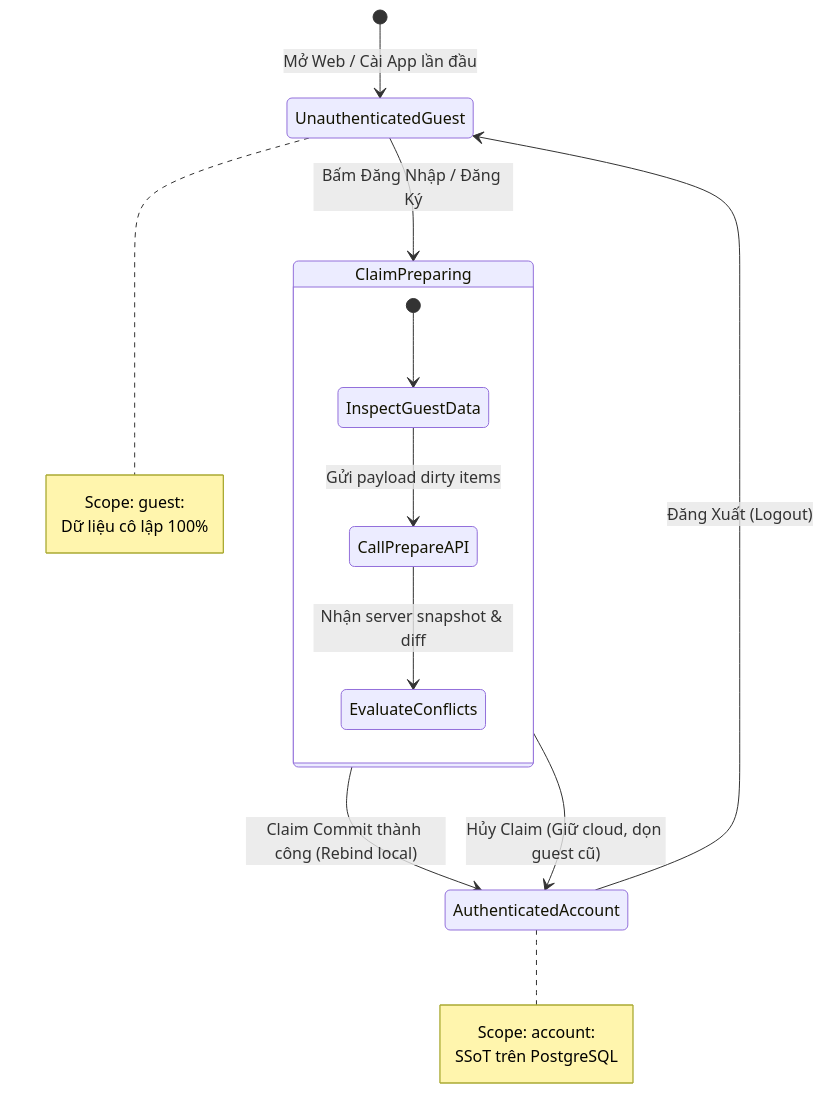
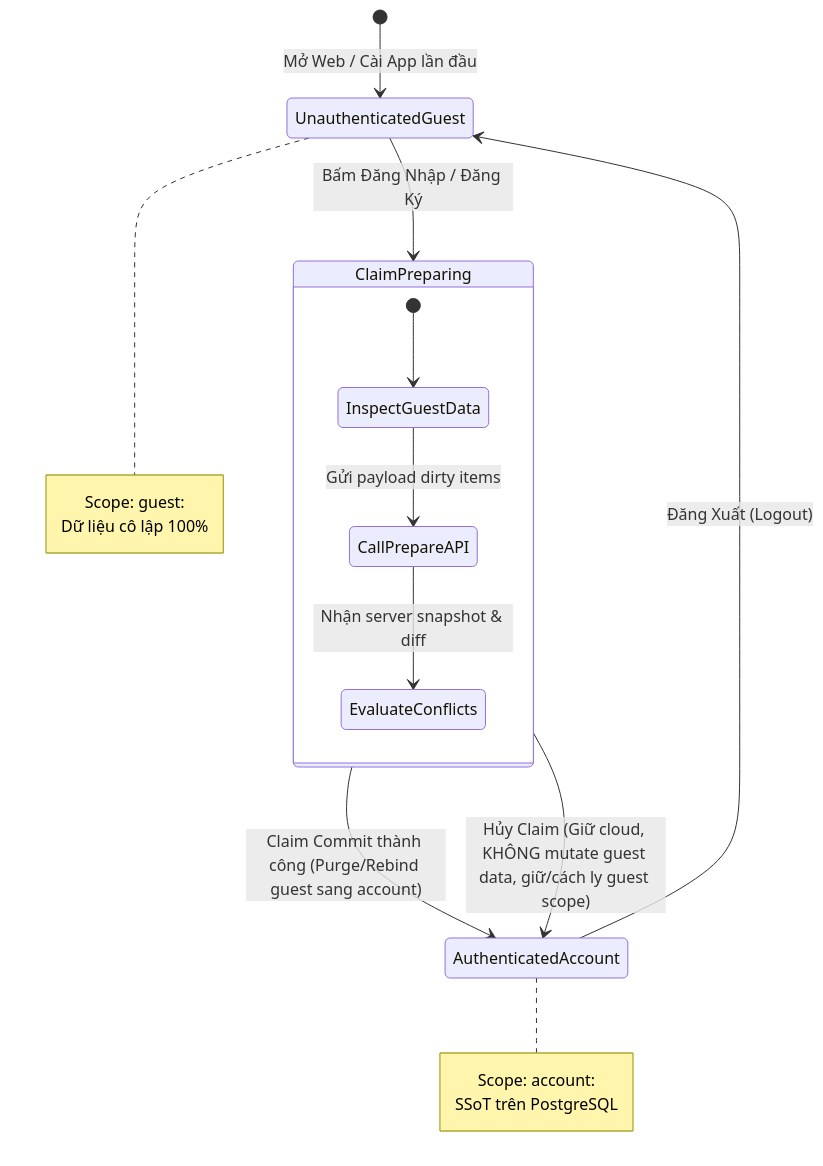
The second of 2 diagrams in plans/product/identity_and_ownership_model.md (HIepNgoc2006/OmniNovel), drawn with Mermaid before and after one commit. The commit also changed other lines of this file and 2 other files, not shown here.

````diff
--- a/plans/product/identity_and_ownership_model.md
+++ b/plans/product/identity_and_ownership_model.md
@@ -77,27 +77,27 @@
 ```mermaid
 stateDiagram-v2
     [*] --> UnauthenticatedGuest: Mở Web / Cài App lần đầu
 
     UnauthenticatedGuest --> ClaimPreparing: Bấm Đăng Nhập / Đăng Ký
     
     state ClaimPreparing {
         [*] --> InspectGuestData
         InspectGuestData --> CallPrepareAPI: Gửi payload dirty items
         CallPrepareAPI --> EvaluateConflicts: Nhận server snapshot & diff
     }
 
-    ClaimPreparing --> AuthenticatedAccount: Claim Commit thành công (Rebind local)
-    ClaimPreparing --> AuthenticatedAccount: Hủy Claim (Giữ cloud, dọn guest cũ)
+    ClaimPreparing --> AuthenticatedAccount: Claim Commit thành công (Purge/Rebind guest sang account)
+    ClaimPreparing --> AuthenticatedAccount: Hủy Claim (Giữ cloud, KHÔNG mutate guest data, giữ/cách ly guest scope)
     
     AuthenticatedAccount --> UnauthenticatedGuest: Đăng Xuất (Logout)
     
     note right of UnauthenticatedGuest
         Scope: guest:<installationId>
         Dữ liệu cô lập 100%
     end note
 
     note right of AuthenticatedAccount
         Scope: account:<userId>
         SSoT trên PostgreSQL
     end note
 ```
````
